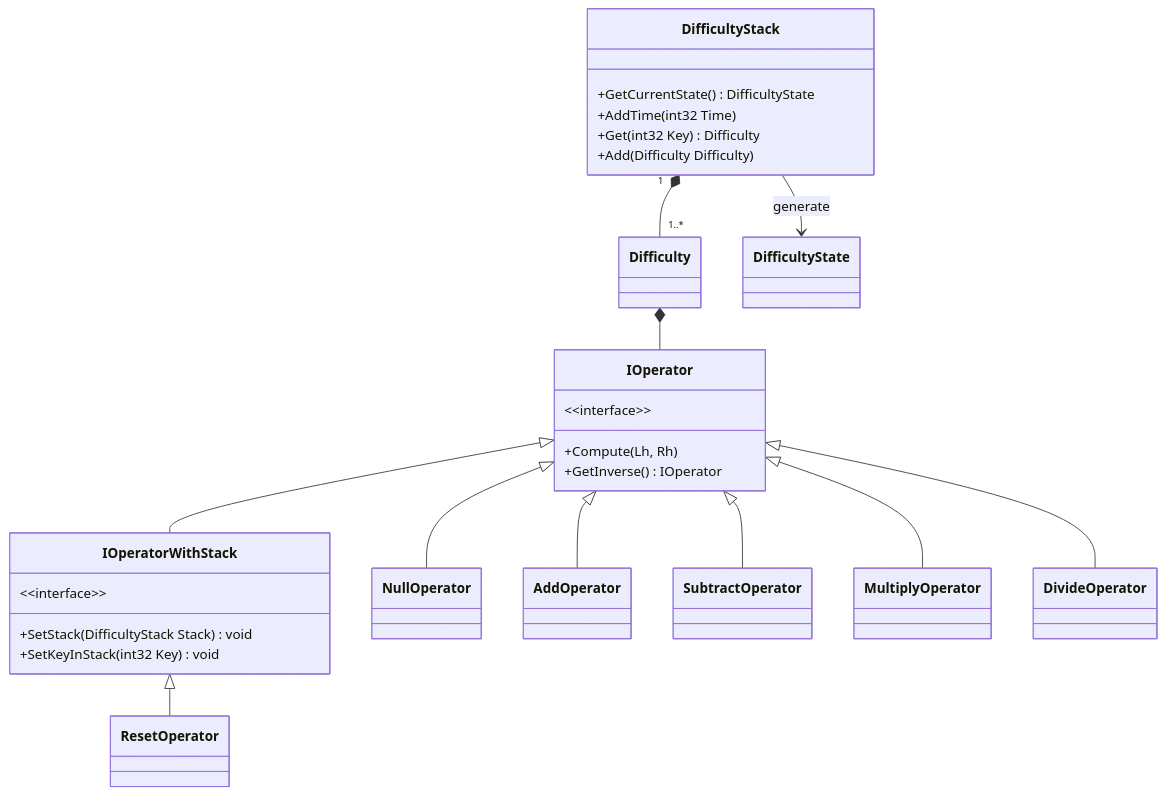
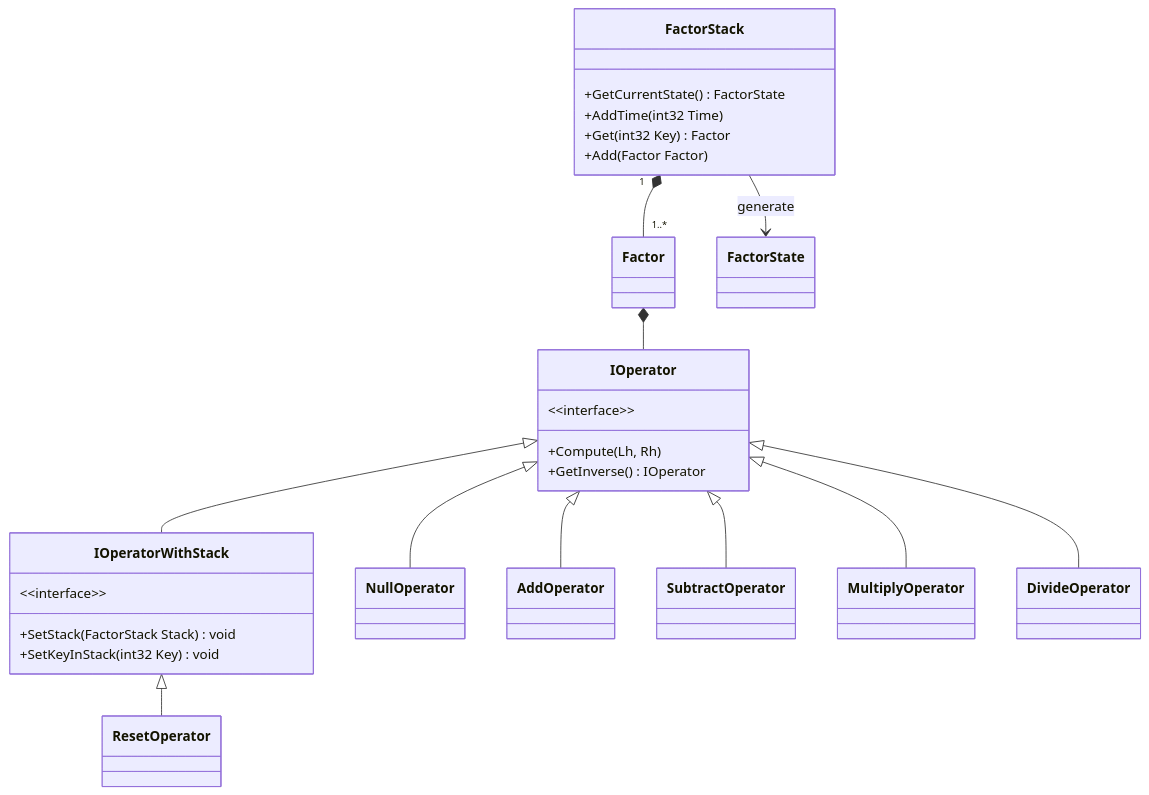
Before and after one commit to NansPellicari/UE4-FactorsFactory: the diagram in Docs/Core/mermaid/operators.mmd, drawn with Mermaid. The commit also changed 51 other files, not shown here.

Commit message:
Rename Difficulty > Factor recursively

```diff
--- a/Docs/Core/mermaid/operators.mmd
+++ b/Docs/Core/mermaid/operators.mmd
@@ -1,31 +1,31 @@
 classDiagram
 
-DifficultyStack "1" *-- "1..*" Difficulty
-Difficulty *-- IOperator
-DifficultyStack --> DifficultyState : generate
+FactorStack "1" *-- "1..*" Factor
+Factor *-- IOperator
+FactorStack --> FactorState : generate
 IOperator <|-- IOperatorWithStack
 IOperator <|-- NullOperator
 IOperator <|-- AddOperator
 IOperator <|-- SubtractOperator
 IOperator <|-- MultiplyOperator
 IOperator <|-- DivideOperator
 IOperatorWithStack <|-- ResetOperator
 
 class IOperator {
     &lt;&lt;interface&gt;&gt;
     +Compute(Lh, Rh)
     +GetInverse() IOperator
 }
 
 class IOperatorWithStack {
     &lt;&lt;interface&gt;&gt;
-    +SetStack(DifficultyStack Stack) void
+    +SetStack(FactorStack Stack) void
     +SetKeyInStack(int32 Key) void
 }
 
-class DifficultyStack {
-    +GetCurrentState() DifficultyState
+class FactorStack {
+    +GetCurrentState() FactorState
     +AddTime(int32 Time)
-    +Get(int32 Key) Difficulty
-    +Add(Difficulty Difficulty)
+    +Get(int32 Key) Factor
+    +Add(Factor Factor)
 }
```
